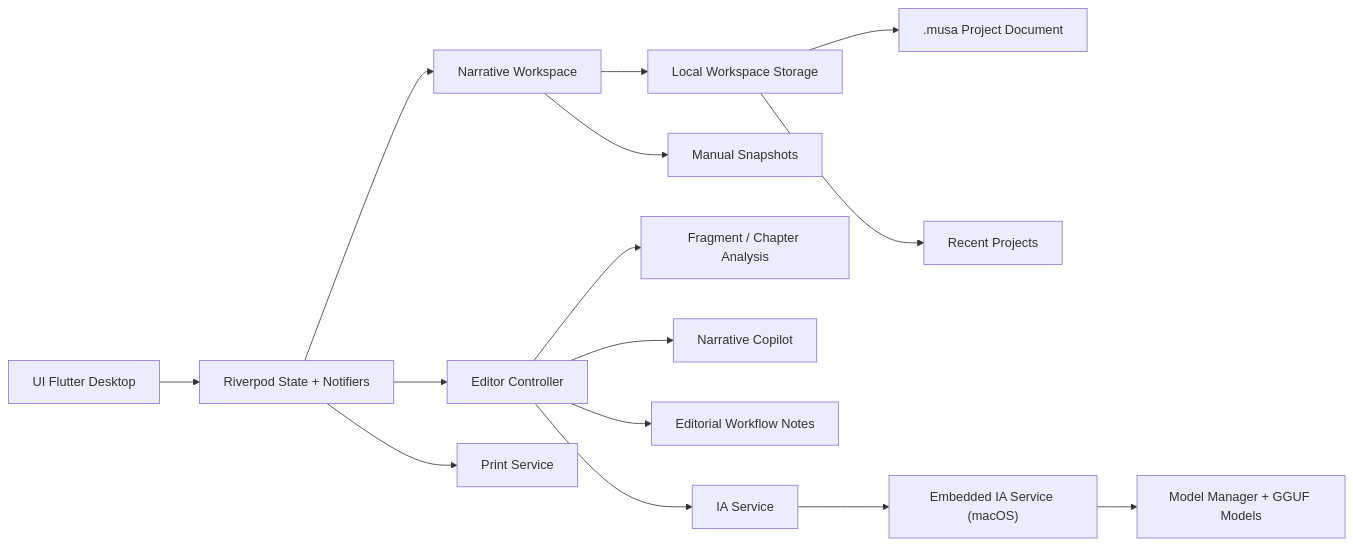
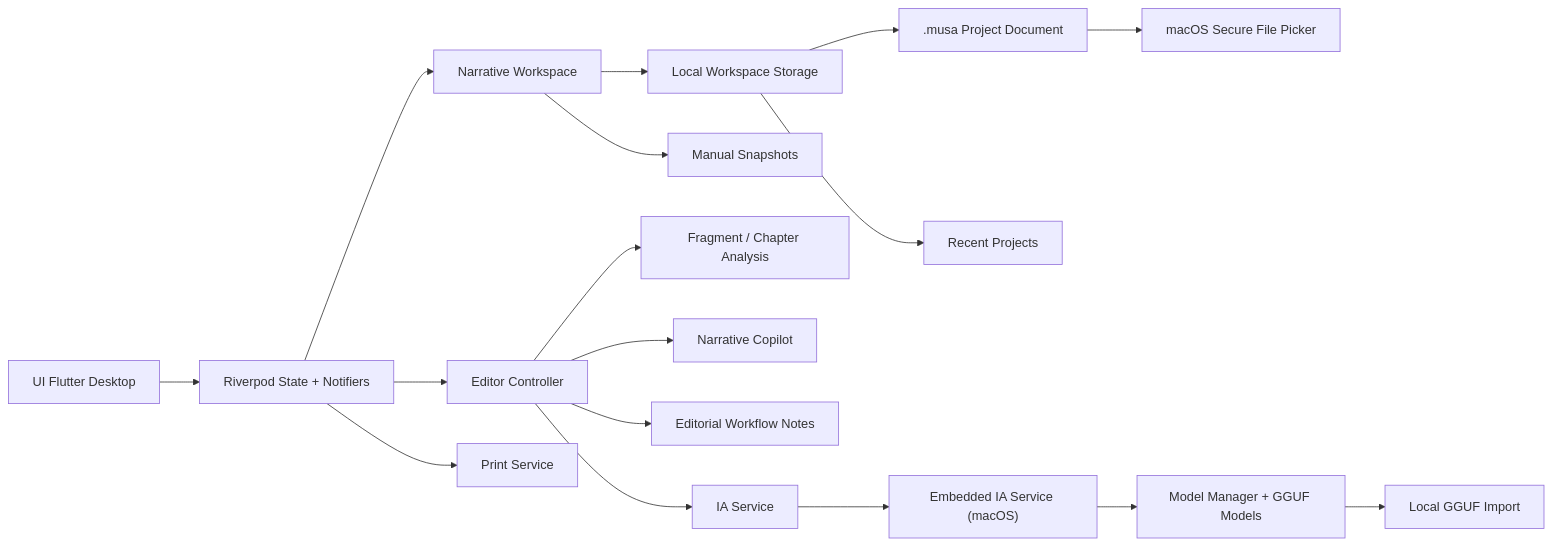
The first of 3 diagrams in README.md (Pacovalgor/MUSA), drawn with Mermaid before and after one commit. The commit also changed other lines of this file and 21 other files, not shown here.

````diff
--- a/README.md
+++ b/README.md
@@ -90,17 +92,19 @@
 ```mermaid
 flowchart LR
     UI["UI Flutter Desktop"] --> State["Riverpod State + Notifiers"]
     State --> Workspace["Narrative Workspace"]
     Workspace --> Storage["Local Workspace Storage"]
     Storage --> Project[".musa Project Document"]
+    Project --> SecurePicker["macOS Secure File Picker"]
     Storage --> Recent["Recent Projects"]
     State --> Editor["Editor Controller"]
     Editor --> Analysis["Fragment / Chapter Analysis"]
     Editor --> Copilot["Narrative Copilot"]
     Editor --> Workflow["Editorial Workflow Notes"]
     Editor --> IA["IA Service"]
     IA --> Embedded["Embedded IA Service (macOS)"]
     Embedded --> Models["Model Manager + GGUF Models"]
+    Models --> Import["Local GGUF Import"]
     State --> Print["Print Service"]
     Workspace --> Snapshots["Manual Snapshots"]
 ```
````
